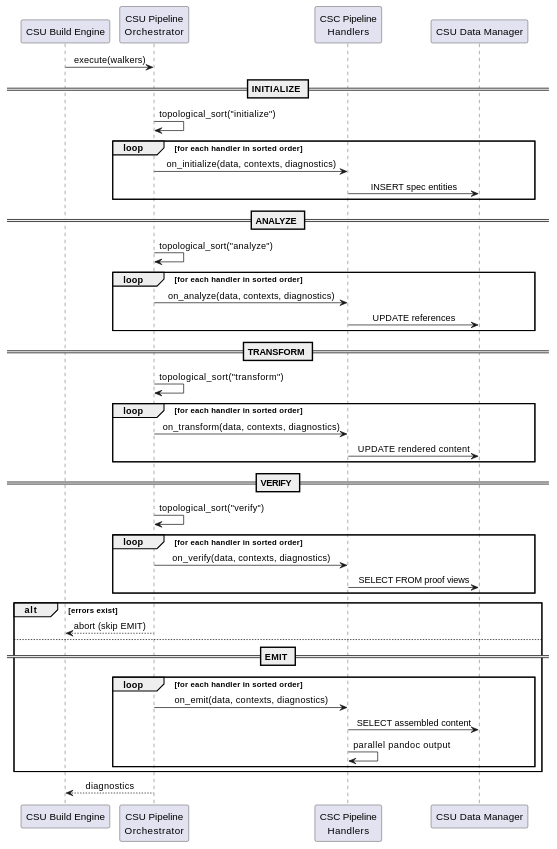
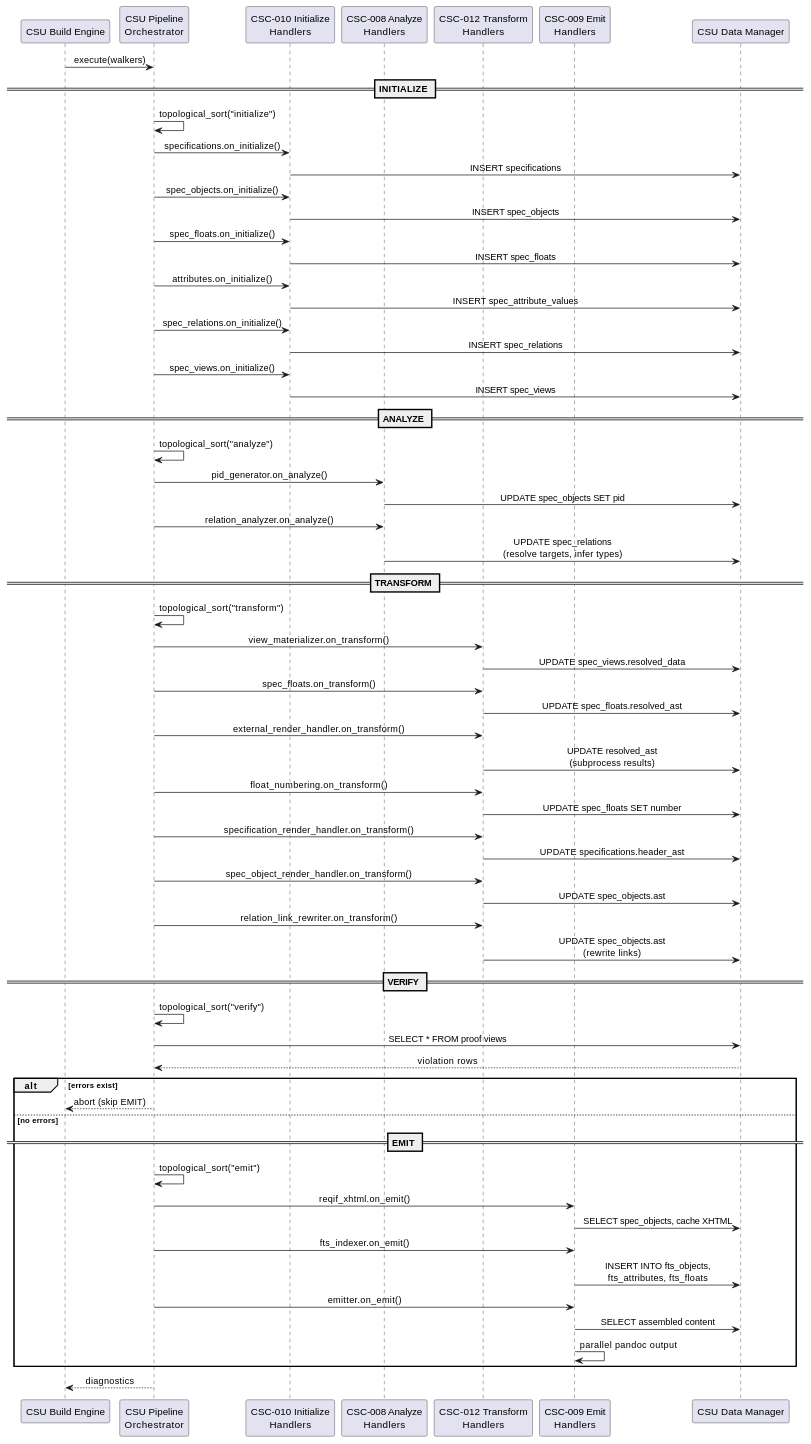
One commit to crisclacerda/SpecCompiler changed the diagram in docs/engineering_docs/architecture/pipeline_design.md. Above: the diagram before and after it, drawn with PlantUML. The commit also changed other lines of this file and 44 other files, not shown here.

````diff
--- a/docs/engineering_docs/architecture/pipeline_design.md
+++ b/docs/engineering_docs/architecture/pipeline_design.md
@@ -84,54 +84,76 @@
 ```puml:fd-001-pipeline{caption="Pipeline Execution Orchestration"}
 @startuml
 skinparam backgroundColor #FFFFFF
 skinparam sequenceMessageAlign center
 
 participant "CSU Build Engine" as E
 participant "CSU Pipeline\nOrchestrator" as P
-participant "CSC Pipeline\nHandlers" as H
+participant "CSC-010 Initialize\nHandlers" as INIT
+participant "CSC-008 Analyze\nHandlers" as ANLZ
+participant "CSC-012 Transform\nHandlers" as XFRM
+participant "CSC-009 Emit\nHandlers" as EMIT_H
 participant "CSU Data Manager" as DB
 
 E -> P: execute(walkers)
 
 == INITIALIZE ==
 P -> P: topological_sort("initialize")
-loop for each handler in sorted order
-    P -> H: on_initialize(data, contexts, diagnostics)
-    H -> DB: INSERT spec entities
-end
+P -> INIT: specifications.on_initialize()
+INIT -> DB: INSERT specifications
+P -> INIT: spec_objects.on_initialize()
+INIT -> DB: INSERT spec_objects
+P -> INIT: spec_floats.on_initialize()
+INIT -> DB: INSERT spec_floats
+P -> INIT: attributes.on_initialize()
+INIT -> DB: INSERT spec_attribute_values
+P -> INIT: spec_relations.on_initialize()
+INIT -> DB: INSERT spec_relations
+P -> INIT: spec_views.on_initialize()
+INIT -> DB: INSERT spec_views
 
 == ANALYZE ==
 P -> P: topological_sort("analyze")
-loop for each handler in sorted order
-    P -> H: on_analyze(data, contexts, diagnostics)
-    H -> DB: UPDATE references
-end
+P -> ANLZ: pid_generator.on_analyze()
+ANLZ -> DB: UPDATE spec_objects SET pid
+P -> ANLZ: relation_analyzer.on_analyze()
+ANLZ -> DB: UPDATE spec_relations\n(resolve targets, infer types)
 
 == TRANSFORM ==
 P -> P: topological_sort("transform")
-loop for each handler in sorted order
-    P -> H: on_transform(data, contexts, diagnostics)
-    H -> DB: UPDATE rendered content
-end
+P -> XFRM: view_materializer.on_transform()
+XFRM -> DB: UPDATE spec_views.resolved_data
+P -> XFRM: spec_floats.on_transform()
+XFRM -> DB: UPDATE spec_floats.resolved_ast
+P -> XFRM: external_render_handler.on_transform()
+XFRM -> DB: UPDATE resolved_ast\n(subprocess results)
+P -> XFRM: float_numbering.on_transform()
+XFRM -> DB: UPDATE spec_floats SET number
+P -> XFRM: specification_render_handler.on_transform()
+XFRM -> DB: UPDATE specifications.header_ast
+P -> XFRM: spec_object_render_handler.on_transform()
+XFRM -> DB: UPDATE spec_objects.ast
+P -> XFRM: relation_link_rewriter.on_transform()
+XFRM -> DB: UPDATE spec_objects.ast\n(rewrite links)
 
 == VERIFY ==
 P -> P: topological_sort("verify")
-loop for each handler in sorted order
-    P -> H: on_verify(data, contexts, diagnostics)
-    H -> DB: SELECT FROM proof views
-end
+P -> DB: SELECT * FROM proof views
+DB --> P: violation rows
 
 alt errors exist
     P --> E: abort (skip EMIT)
-else
+else no errors
     == EMIT ==
-    loop for each handler in sorted order
-        P -> H: on_emit(data, contexts, diagnostics)
-        H -> DB: SELECT assembled content
-        H -> H: parallel pandoc output
-    end
+    P -> P: topological_sort("emit")
+    P -> EMIT_H: reqif_xhtml.on_emit()
+    EMIT_H -> DB: SELECT spec_objects, cache XHTML
+    P -> EMIT_H: fts_indexer.on_emit()
+    EMIT_H -> DB: INSERT INTO fts_objects,\nfts_attributes, fts_floats
+    P -> EMIT_H: emitter.on_emit()
+    EMIT_H -> DB: SELECT assembled content
+    EMIT_H -> EMIT_H: parallel pandoc output
 end
 
 P --> E: diagnostics
 @enduml
 ```
````
